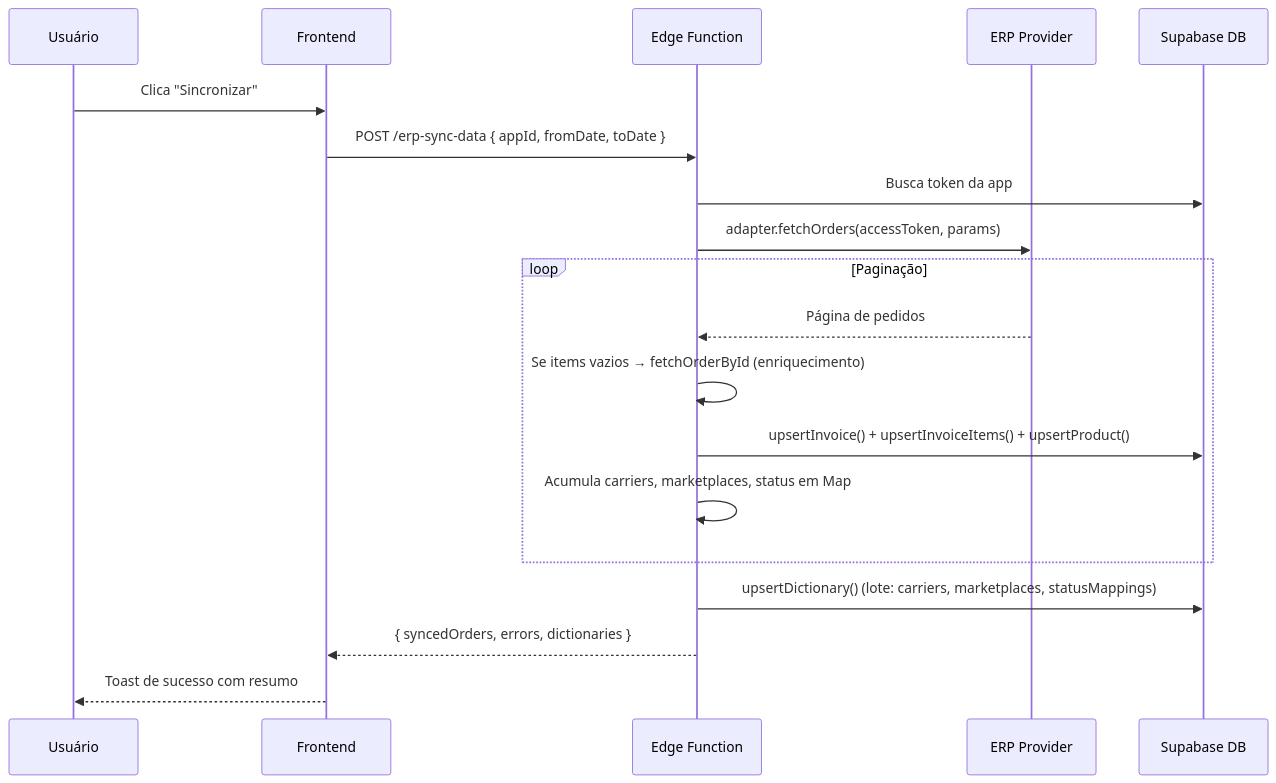
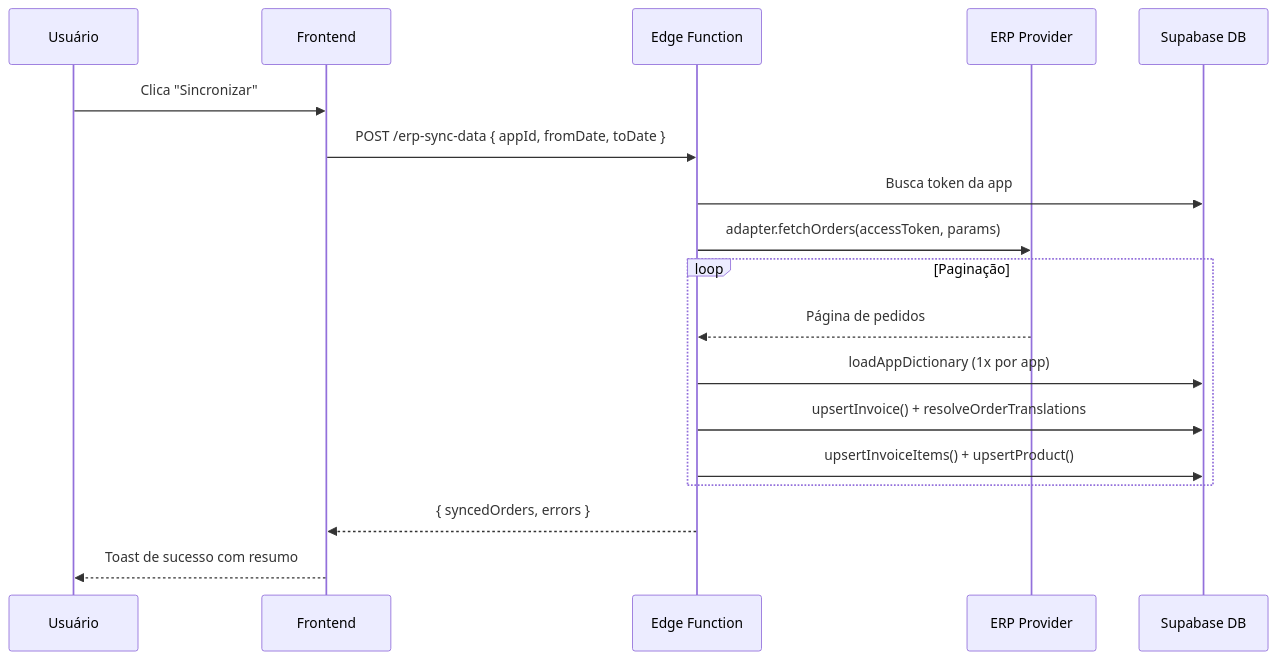
Before and after one commit to Jonathanpitanga-yav/carteira-clientes-agency: the third of 3 diagrams in docs/prds/08-fluxos-erp.md, drawn with Mermaid. The commit also changed other lines of this file and 73 other files, not shown here.

````diff
--- a/docs/prds/08-fluxos-erp.md
+++ b/docs/prds/08-fluxos-erp.md
@@ -83,22 +106,21 @@
 ```mermaid
 sequenceDiagram
   participant User as Usuário
   participant FE as Frontend
   participant EF as Edge Function
   participant ERP as ERP Provider
   participant DB as Supabase DB
 
   User->>FE: Clica "Sincronizar"
   FE->>EF: POST /erp-sync-data { appId, fromDate, toDate }
   EF->>DB: Busca token da app
   EF->>ERP: adapter.fetchOrders(accessToken, params)
   loop Paginação
     ERP-->>EF: Página de pedidos
-    EF->>EF: Se items vazios → fetchOrderById (enriquecimento)
-    EF->>DB: upsertInvoice() + upsertInvoiceItems() + upsertProduct()
-    EF->>EF: Acumula carriers, marketplaces, status em Map
+    EF->>DB: loadAppDictionary (1x por app)
+    EF->>DB: upsertInvoice() + resolveOrderTranslations
+    EF->>DB: upsertInvoiceItems() + upsertProduct()
   end
-  EF->>DB: upsertDictionary() (lote: carriers, marketplaces, statusMappings)
-  EF-->>FE: { syncedOrders, errors, dictionaries }
+  EF-->>FE: { syncedOrders, errors }
   FE-->>User: Toast de sucesso com resumo
 ```
````
